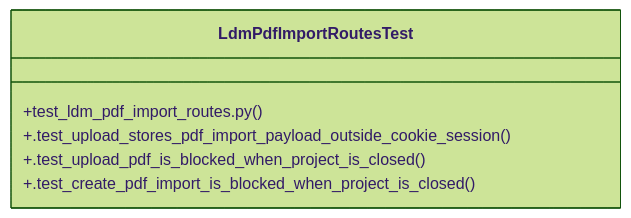
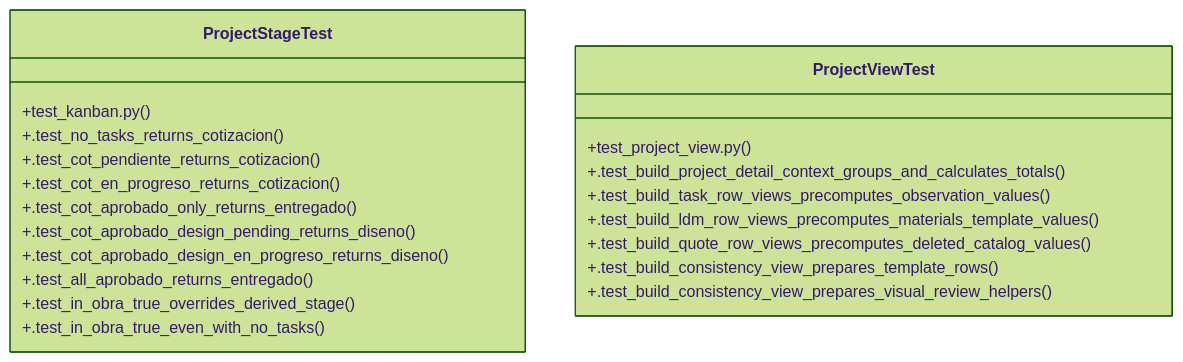
One commit to Daftrick/ProjectTracker changed the diagram in graphify-out/wiki/Community_10.md. Above: the diagram before and after it, drawn with Mermaid (forest theme). The commit also changed other lines of this file and 373 other files, not shown here.

````diff
--- a/graphify-out/wiki/Community_10.md
+++ b/graphify-out/wiki/Community_10.md
@@ -36,9 +36,24 @@
 ```mermaid
 classDiagram
-    class LdmPdfImportRoutesTest {
-        +test_ldm_pdf_import_routes.py()
-        +.test_upload_stores_pdf_import_payload_outside_cookie_session()
-        +.test_upload_pdf_is_blocked_when_project_is_closed()
-        +.test_create_pdf_import_is_blocked_when_project_is_closed()
+    class ProjectStageTest {
+        +test_kanban.py()
+        +.test_no_tasks_returns_cotizacion()
+        +.test_cot_pendiente_returns_cotizacion()
+        +.test_cot_en_progreso_returns_cotizacion()
+        +.test_cot_aprobado_only_returns_entregado()
+        +.test_cot_aprobado_design_pending_returns_diseno()
+        +.test_cot_aprobado_design_en_progreso_returns_diseno()
+        +.test_all_aprobado_returns_entregado()
+        +.test_in_obra_true_overrides_derived_stage()
+        +.test_in_obra_true_even_with_no_tasks()
+    }
+    class ProjectViewTest {
+        +test_project_view.py()
+        +.test_build_project_detail_context_groups_and_calculates_totals()
+        +.test_build_task_row_views_precomputes_observation_values()
+        +.test_build_ldm_row_views_precomputes_materials_template_values()
+        +.test_build_quote_row_views_precomputes_deleted_catalog_values()
+        +.test_build_consistency_view_prepares_template_rows()
+        +.test_build_consistency_view_prepares_visual_review_helpers()
     }
 ```
````
